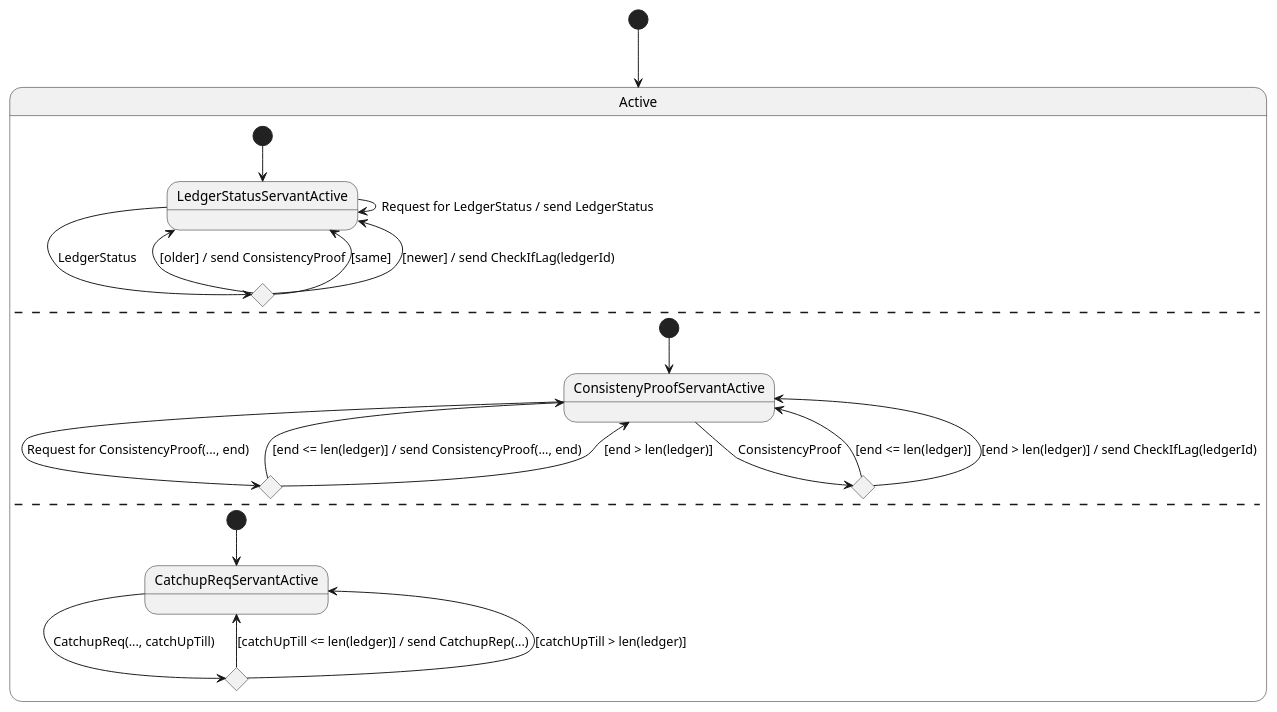
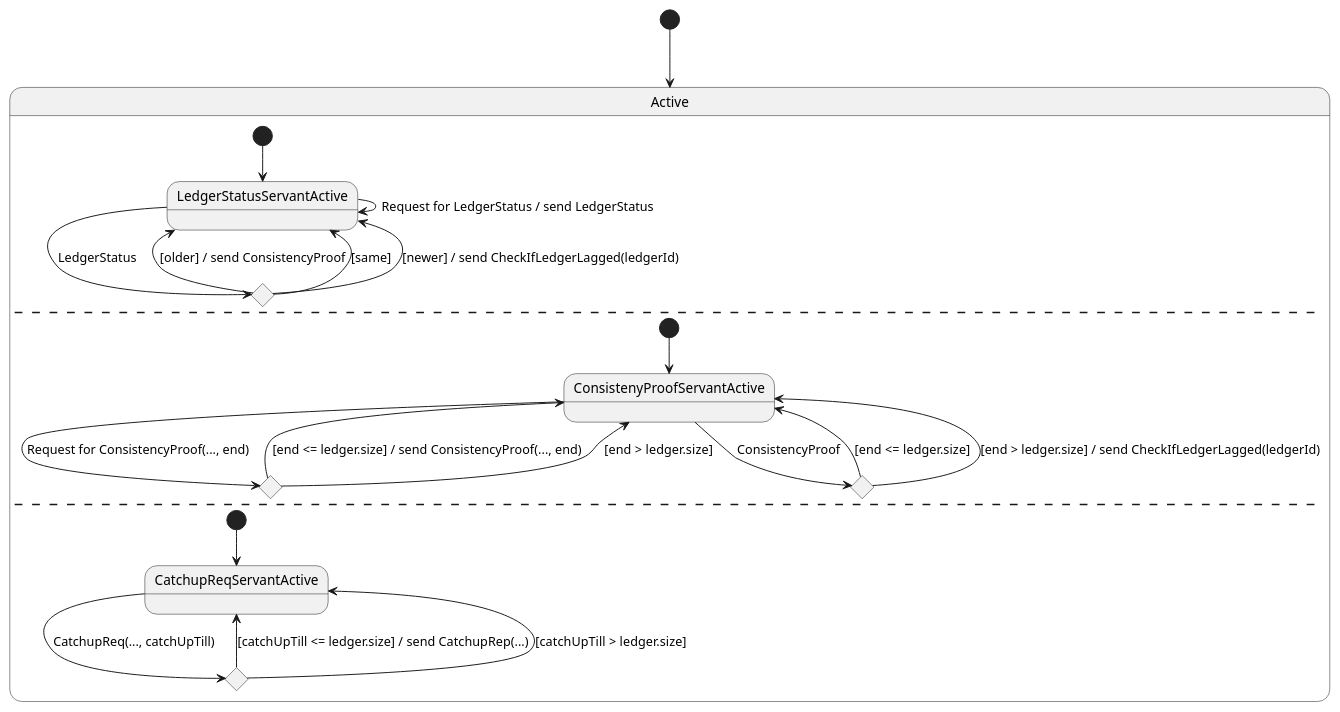
Before and after one commit to hyperledger/indy-plenum: the diagram in design/catch-up-others.puml, drawn with PlantUML. The commit also changed 1 other file, not shown here.

Commit message:
INDY-971: Minor corrections in catch-up diagrams
- Made minor corrections in the state diagrams for catch-up actors.

```diff
--- a/design/catch-up-others.puml
+++ b/design/catch-up-others.puml
@@ -1,40 +1,40 @@
 @startuml
 
 [*] --> Active
 
 state Active {
     [*] --> LedgerStatusServantActive
 
     LedgerStatusServantActive --> LedgerStatusServantActive : Request for LedgerStatus / send LedgerStatus
     state LedgerStatusServantActive_LS <<choice>>
     LedgerStatusServantActive --> LedgerStatusServantActive_LS : LedgerStatus
 
     LedgerStatusServantActive_LS --> LedgerStatusServantActive : [older] / send ConsistencyProof
     LedgerStatusServantActive_LS --> LedgerStatusServantActive : [same]
-    LedgerStatusServantActive_LS --> LedgerStatusServantActive : [newer] / send CheckIfLag(ledgerId)
+    LedgerStatusServantActive_LS --> LedgerStatusServantActive : [newer] / send CheckIfLedgerLagged(ledgerId)
     --
 
     [*] --> ConsistenyProofServantActive
 
     state ConsistenyProofServantActive_ReqForCP <<choice>>
     ConsistenyProofServantActive --> ConsistenyProofServantActive_ReqForCP : Request for ConsistencyProof(..., end)
     state ConsistenyProofServantActive_CP <<choice>>
     ConsistenyProofServantActive --> ConsistenyProofServantActive_CP : ConsistencyProof
 
-    ConsistenyProofServantActive_ReqForCP --> ConsistenyProofServantActive : [end <= len(ledger)] / send ConsistencyProof(..., end)
-    ConsistenyProofServantActive_ReqForCP --> ConsistenyProofServantActive : [end > len(ledger)]
+    ConsistenyProofServantActive_ReqForCP --> ConsistenyProofServantActive : [end <= ledger.size] / send ConsistencyProof(..., end)
+    ConsistenyProofServantActive_ReqForCP --> ConsistenyProofServantActive : [end > ledger.size]
 
-    ConsistenyProofServantActive_CP --> ConsistenyProofServantActive : [end <= len(ledger)]
-    ConsistenyProofServantActive_CP --> ConsistenyProofServantActive : [end > len(ledger)] / send CheckIfLag(ledgerId)
+    ConsistenyProofServantActive_CP --> ConsistenyProofServantActive : [end <= ledger.size]
+    ConsistenyProofServantActive_CP --> ConsistenyProofServantActive : [end > ledger.size] / send CheckIfLedgerLagged(ledgerId)
     --
 
     [*] --> CatchupReqServantActive
 
     state CatchupReqServantActive_CatchupReq <<choice>>
     CatchupReqServantActive --> CatchupReqServantActive_CatchupReq : CatchupReq(..., catchUpTill)
 
-    CatchupReqServantActive_CatchupReq --> CatchupReqServantActive : [catchUpTill <= len(ledger)] / send CatchupRep(...)
-    CatchupReqServantActive_CatchupReq --> CatchupReqServantActive : [catchUpTill > len(ledger)]
+    CatchupReqServantActive_CatchupReq --> CatchupReqServantActive : [catchUpTill <= ledger.size] / send CatchupRep(...)
+    CatchupReqServantActive_CatchupReq --> CatchupReqServantActive : [catchUpTill > ledger.size]
 }
 
 @enduml
```
